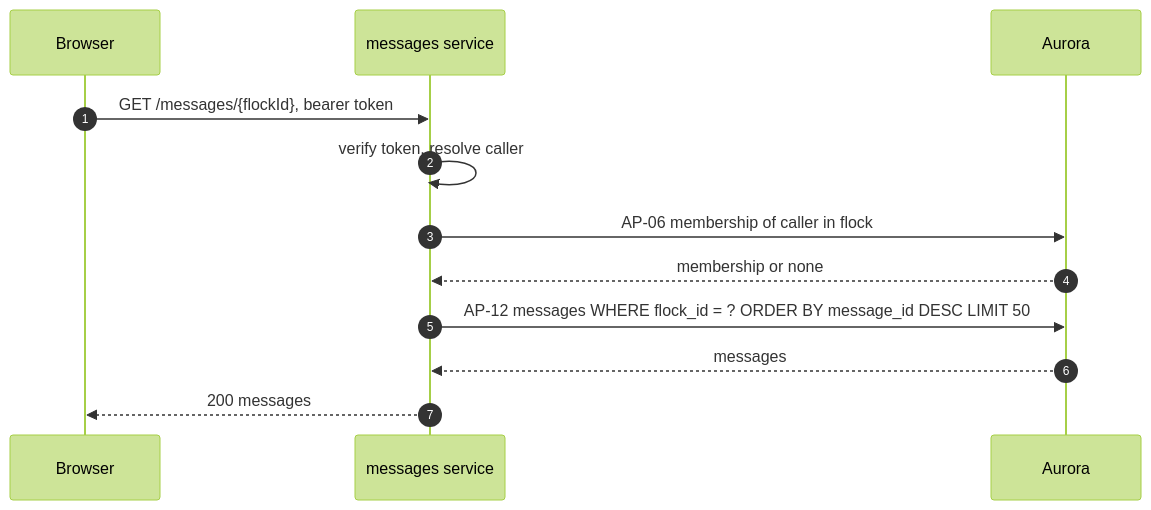
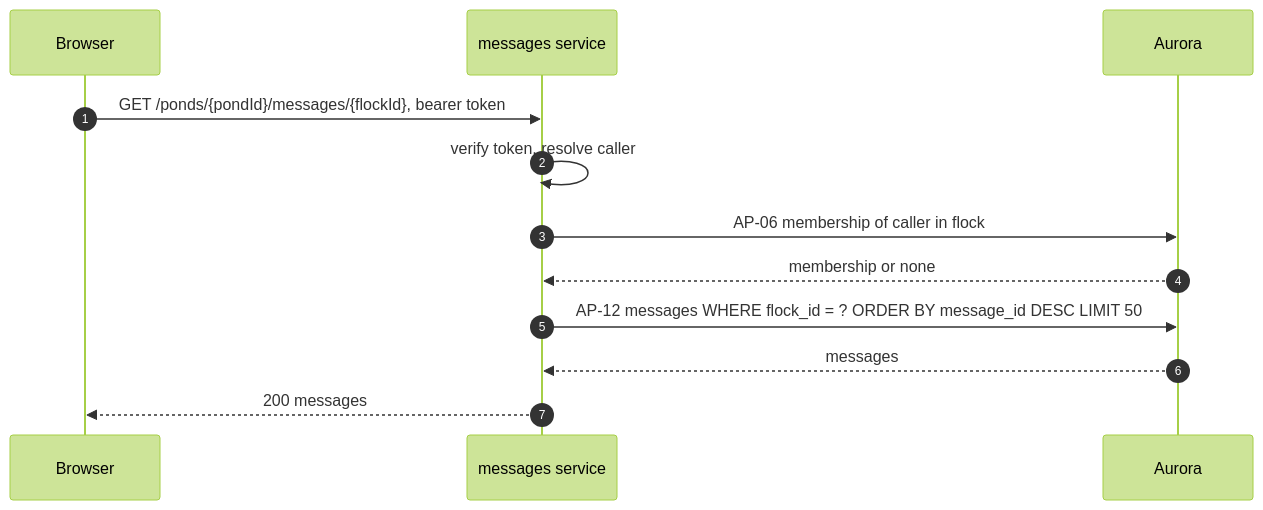
One commit to fractionalJoe/quack changed the diagram in docs/design/flows/wfl-06-load-history.md. Above: the diagram before and after it, drawn with Mermaid. The commit also changed other lines of this file and 10 other files, not shown here.

````diff
--- a/docs/design/flows/wfl-06-load-history.md
+++ b/docs/design/flows/wfl-06-load-history.md
@@ -7,18 +7,18 @@
 ```mermaid
 ---
 config:
   theme: forest
 ---
 sequenceDiagram
     autonumber
     participant B as Browser
     participant M as messages service
     participant DB as Aurora
-    B->>M: GET /messages/{flockId}, bearer token
+    B->>M: GET /ponds/{pondId}/messages/{flockId}, bearer token
     M->>M: verify token, resolve caller
     M->>DB: AP-06 membership of caller in flock
     DB-->>M: membership or none
     M->>DB: AP-12 messages WHERE flock_id = ? ORDER BY message_id DESC LIMIT 50
     DB-->>M: messages
     M-->>B: 200 messages
 ```
````
